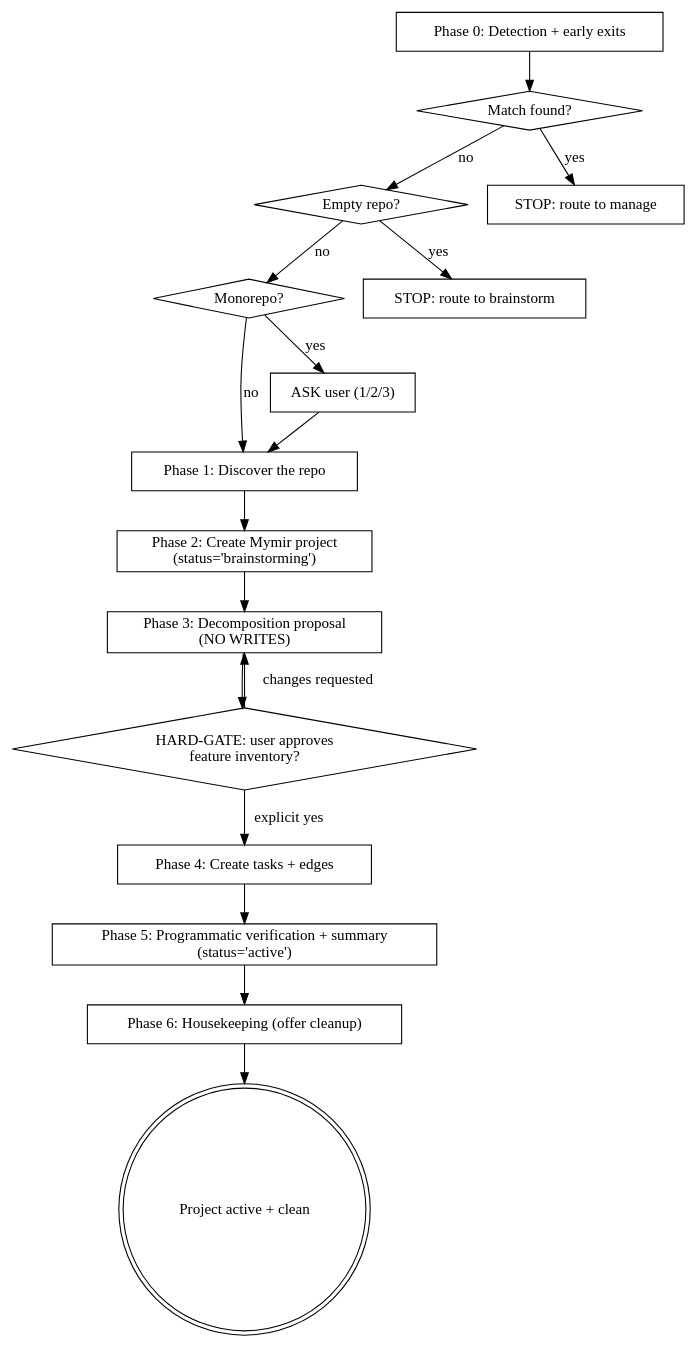
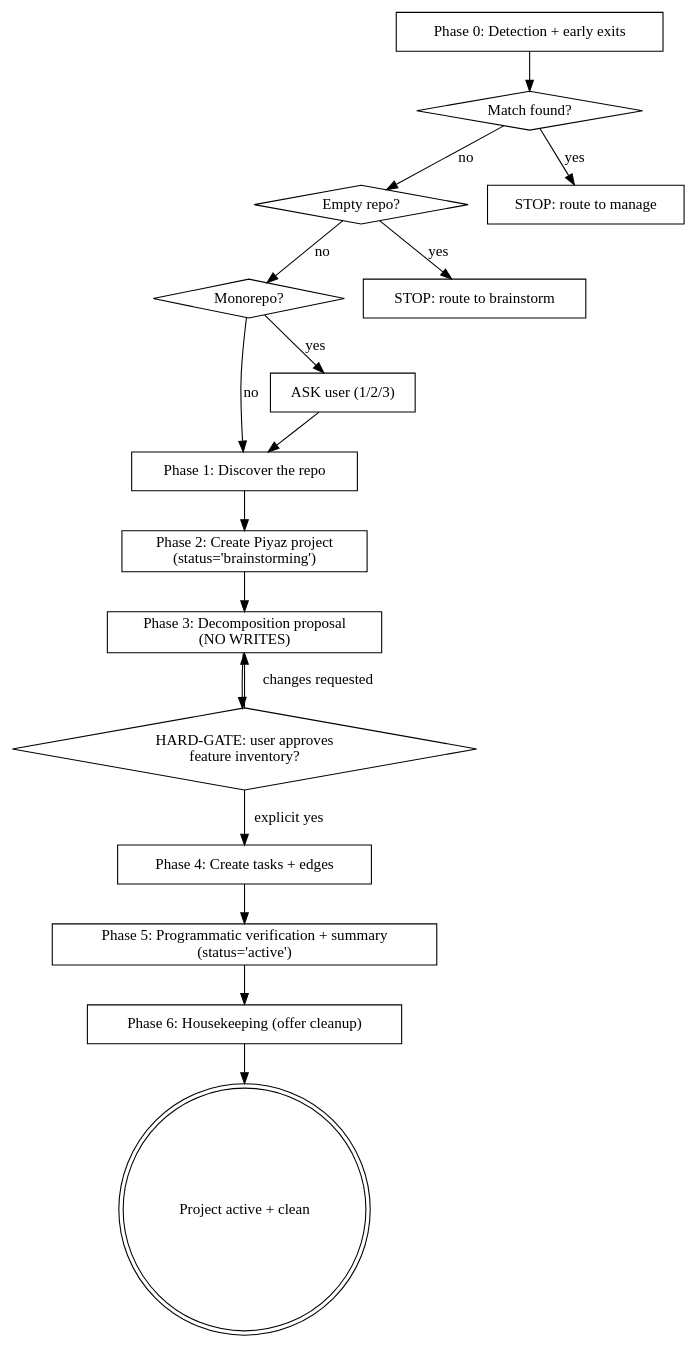
Before and after one commit to FrkAk/piyaz: the diagram in plugins/antigravity/skills/onboarding/SKILL.md, drawn with Graphviz. The commit also changed other lines of this file and 143 other files, not shown here.

Commit message:
chore: rebrand mymir to piyaz across code, plugins, MCP tools, db, and SEO (#137)

````diff
--- a/plugins/antigravity/skills/onboarding/SKILL.md
+++ b/plugins/antigravity/skills/onboarding/SKILL.md
@@ -46,36 +46,36 @@
 ```dot
 digraph onboarding {
     "Phase 0: Detection + early exits" [shape=box];
     "Match found?" [shape=diamond];
     "Empty repo?" [shape=diamond];
     "Monorepo?" [shape=diamond];
     "Phase 1: Discover the repo" [shape=box];
-    "Phase 2: Create Mymir project\n(status='brainstorming')" [shape=box];
+    "Phase 2: Create Piyaz project\n(status='brainstorming')" [shape=box];
     "Phase 3: Decomposition proposal\n(NO WRITES)" [shape=box];
     "HARD-GATE: user approves\nfeature inventory?" [shape=diamond];
     "Phase 4: Create tasks + edges" [shape=box];
     "Phase 5: Programmatic verification + summary\n(status='active')" [shape=box];
     "Phase 6: Housekeeping (offer cleanup)" [shape=box];
     "Project active + clean" [shape=doublecircle];
     "STOP: route to manage" [shape=box];
     "STOP: route to brainstorm" [shape=box];
     "ASK user (1/2/3)" [shape=box];
 
     "Phase 0: Detection + early exits" -> "Match found?";
     "Match found?" -> "STOP: route to manage" [label="yes"];
     "Match found?" -> "Empty repo?" [label="no"];
     "Empty repo?" -> "STOP: route to brainstorm" [label="yes"];
     "Empty repo?" -> "Monorepo?" [label="no"];
     "Monorepo?" -> "ASK user (1/2/3)" [label="yes"];
     "ASK user (1/2/3)" -> "Phase 1: Discover the repo";
     "Monorepo?" -> "Phase 1: Discover the repo" [label="no"];
-    "Phase 1: Discover the repo" -> "Phase 2: Create Mymir project\n(status='brainstorming')";
-    "Phase 2: Create Mymir project\n(status='brainstorming')" -> "Phase 3: Decomposition proposal\n(NO WRITES)";
+    "Phase 1: Discover the repo" -> "Phase 2: Create Piyaz project\n(status='brainstorming')";
+    "Phase 2: Create Piyaz project\n(status='brainstorming')" -> "Phase 3: Decomposition proposal\n(NO WRITES)";
     "Phase 3: Decomposition proposal\n(NO WRITES)" -> "HARD-GATE: user approves\nfeature inventory?";
     "HARD-GATE: user approves\nfeature inventory?" -> "Phase 3: Decomposition proposal\n(NO WRITES)" [label="changes requested"];
     "HARD-GATE: user approves\nfeature inventory?" -> "Phase 4: Create tasks + edges" [label="explicit yes"];
     "Phase 4: Create tasks + edges" -> "Phase 5: Programmatic verification + summary\n(status='active')";
     "Phase 5: Programmatic verification + summary\n(status='active')" -> "Phase 6: Housekeeping (offer cleanup)";
     "Phase 6: Housekeeping (offer cleanup)" -> "Project active + clean";
 }
 ```
````
